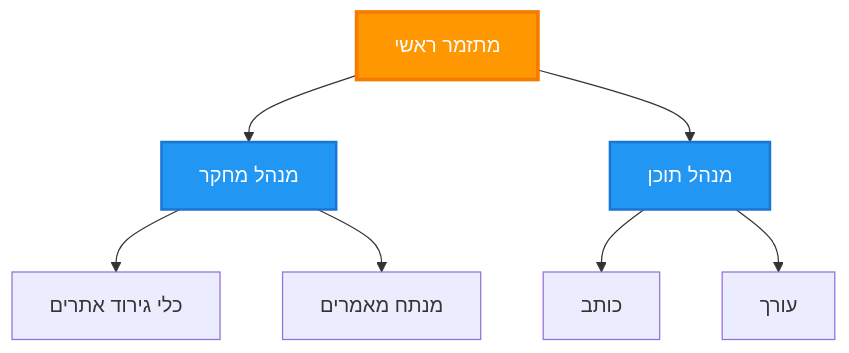
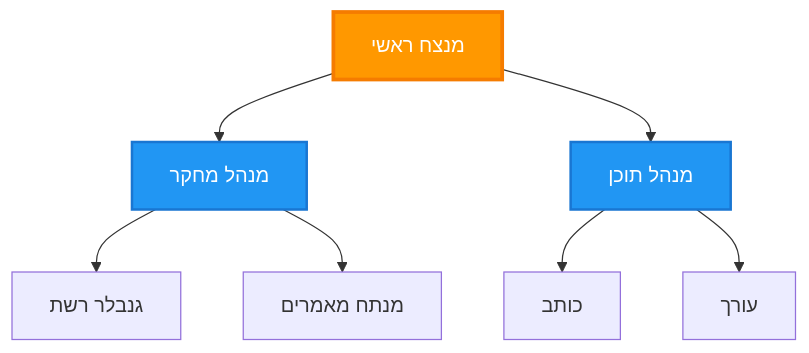
The third of 6 diagrams in translations/he/docs/chapter-06-pre-deployment/coordination-patterns.md (microsoft/AZD-for-beginners), drawn with Mermaid before and after one commit. The commit also changed other lines of this file and 101 other files, not shown here.

````diff
--- a/translations/he/docs/chapter-06-pre-deployment/coordination-patterns.md
+++ b/translations/he/docs/chapter-06-pre-deployment/coordination-patterns.md
@@ -149,21 +143,21 @@
 ```mermaid
 graph TB
-    Master[מתזמר ראשי]
+    Master[מנצח ראשי]
     Manager1[מנהל מחקר]
     Manager2[מנהל תוכן]
-    W1[כלי גירוד אתרים]
+    W1[גנבלר רשת]
     W2[מנתח מאמרים]
     W3[כותב]
     W4[עורך]
     
     Master --> Manager1
     Master --> Manager2
     Manager1 --> W1
     Manager1 --> W2
     Manager2 --> W3
     Manager2 --> W4
     
     style Master fill:#FF9800,stroke:#F57C00,stroke-width:3px,color:#fff
     style Manager1 fill:#2196F3,stroke:#1976D2,stroke-width:2px,color:#fff
     style Manager2 fill:#2196F3,stroke:#1976D2,stroke-width:2px,color:#fff
 ```
````
